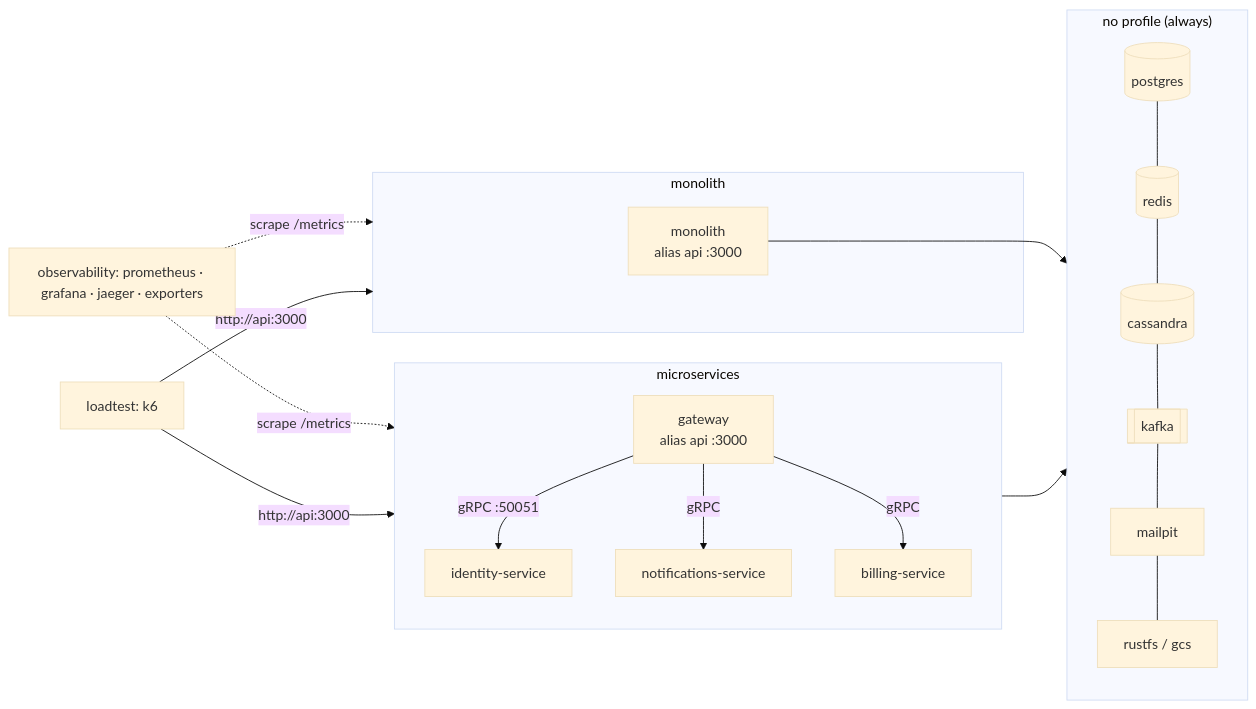
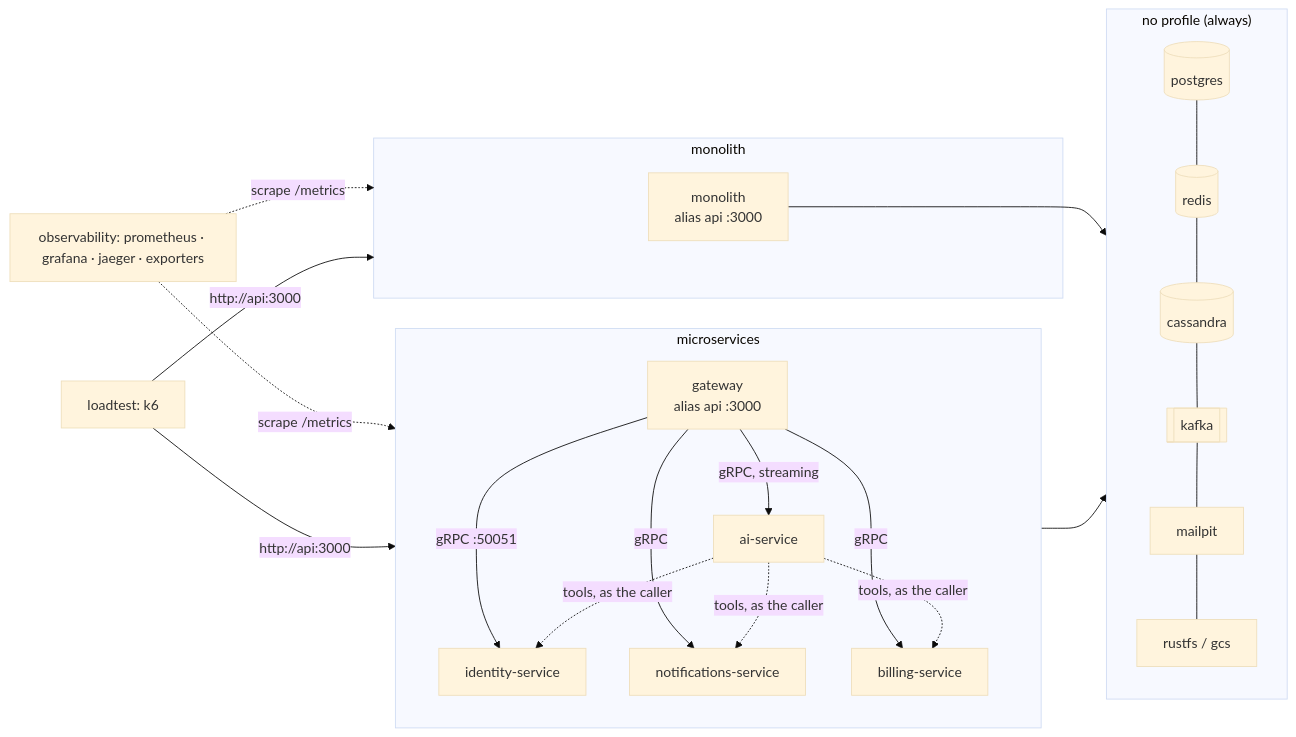
One commit to alonecandies/nestjs-boilerplate changed the diagram in docs/DOCKER.md. Above: the diagram before and after it, drawn with Mermaid (base theme). The commit also changed other lines of this file and 65 other files, not shown here.

````diff
--- a/docs/DOCKER.md
+++ b/docs/DOCKER.md
@@ -107,18 +108,20 @@
 ```mermaid
 flowchart LR
   subgraph infra["no profile (always)"]
     PG[(postgres)] --- RD[(redis)] --- CS[(cassandra)] --- KF[[kafka]] --- MP[mailpit] --- S3[rustfs / gcs]
   end
   subgraph mono["monolith"]
     M[monolith<br/>alias api :3000]
   end
   subgraph micro["microservices"]
     G[gateway<br/>alias api :3000] -->|gRPC :50051| I[identity-service]
     G -->|gRPC| N[notifications-service]
     G -->|gRPC| B[billing-service]
+    G -->|gRPC, streaming| A[ai-service]
+    A -.->|tools, as the caller| I & N & B
   end
   M --> infra
   micro --> infra
   OBS["observability: prometheus · grafana · jaeger · exporters"] -. scrape /metrics .-> mono & micro
   K6["loadtest: k6"] -->|http://api:3000| mono & micro
 ```
````
